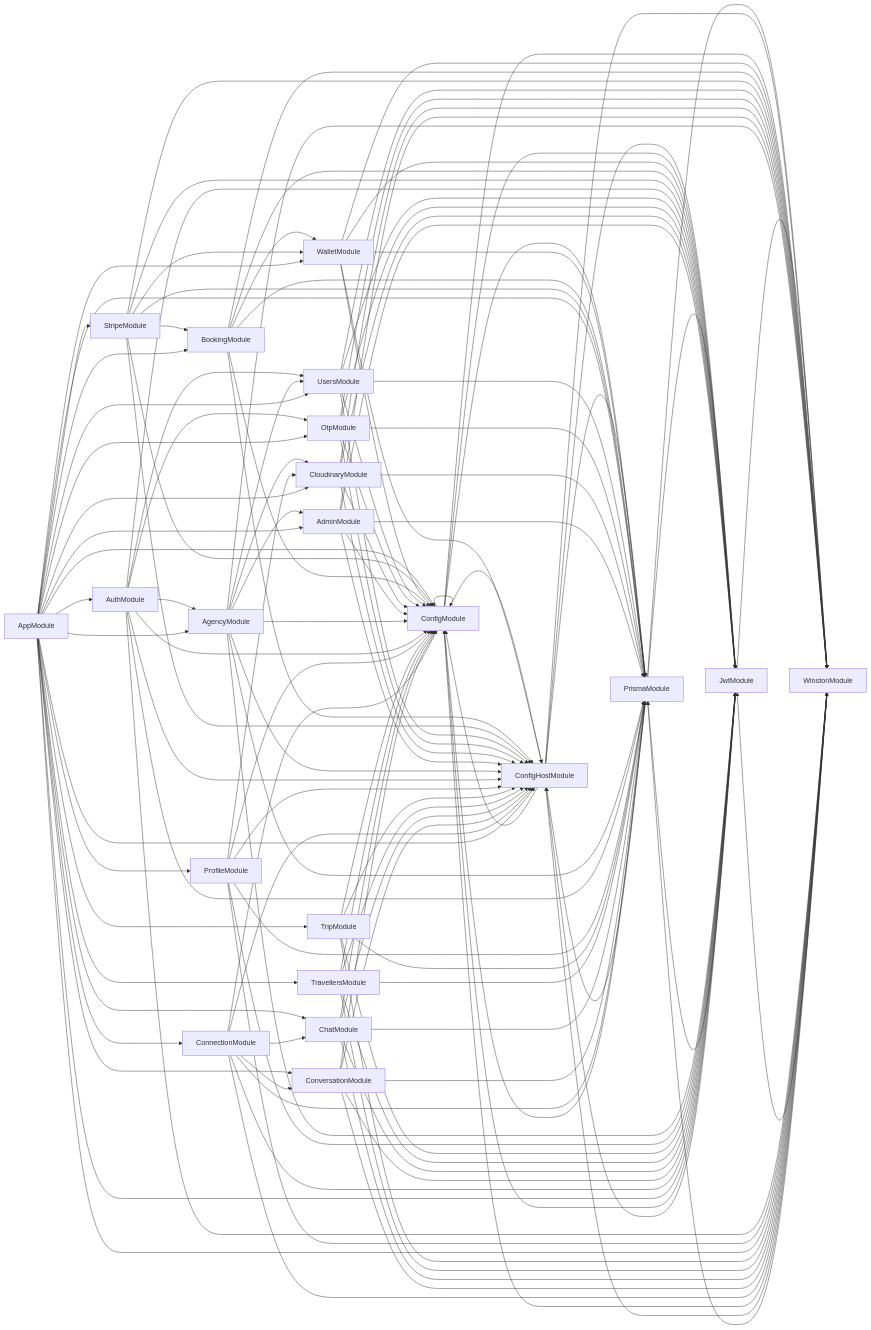
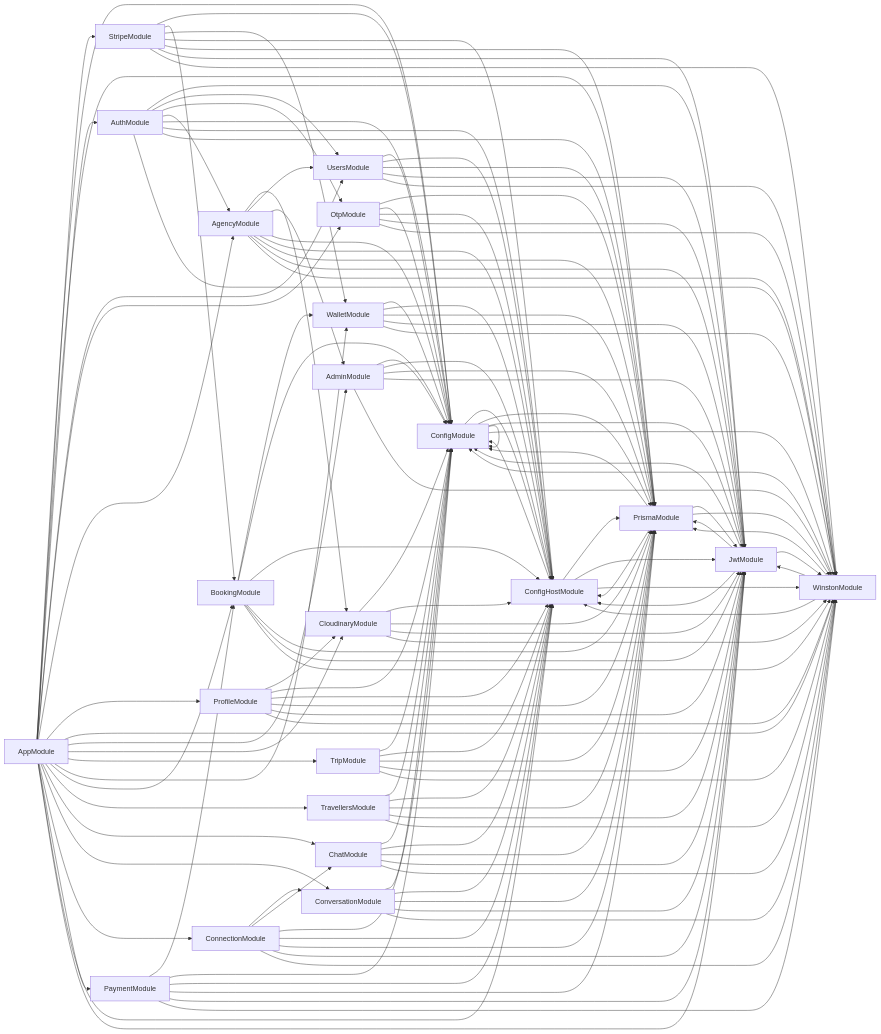
One commit to kpmisthah/wayfare-backend changed the diagram in app.module.mmd. Above: the diagram before and after it, drawn with Mermaid. The commit also changed 8 other files, not shown here.

```diff
--- a/app.module.mmd
+++ b/app.module.mmd
@@ -1,129 +1,136 @@
 graph LR
 AppModule -->ConfigModule
 ConfigModule -->ConfigHostModule
 ConfigHostModule -->ConfigModule
 ConfigHostModule -->PrismaModule
 PrismaModule -->ConfigModule
 PrismaModule -->ConfigHostModule
 PrismaModule -->JwtModule
 JwtModule -->ConfigModule
 JwtModule -->ConfigHostModule
 JwtModule -->PrismaModule
 JwtModule -->WinstonModule
 WinstonModule -->ConfigModule
 WinstonModule -->ConfigHostModule
 WinstonModule -->PrismaModule
 WinstonModule -->JwtModule
 PrismaModule -->WinstonModule
 ConfigHostModule -->JwtModule
 ConfigHostModule -->WinstonModule
 ConfigModule -->ConfigModule
 ConfigModule -->PrismaModule
 ConfigModule -->JwtModule
 ConfigModule -->WinstonModule
 AppModule -->StripeModule
 StripeModule -->ConfigModule
 StripeModule -->BookingModule
 BookingModule -->WalletModule
 WalletModule -->ConfigModule
 WalletModule -->ConfigHostModule
 WalletModule -->PrismaModule
 WalletModule -->JwtModule
 WalletModule -->WinstonModule
 BookingModule -->ConfigModule
 BookingModule -->ConfigHostModule
 BookingModule -->PrismaModule
 BookingModule -->JwtModule
 BookingModule -->WinstonModule
 StripeModule -->WalletModule
 StripeModule -->ConfigHostModule
 StripeModule -->PrismaModule
 StripeModule -->JwtModule
 StripeModule -->WinstonModule
 AppModule -->PrismaModule
 AppModule -->AuthModule
 AuthModule -->JwtModule
 AuthModule -->UsersModule
 UsersModule -->ConfigModule
 UsersModule -->ConfigHostModule
 UsersModule -->PrismaModule
 UsersModule -->JwtModule
 UsersModule -->WinstonModule
 AuthModule -->OtpModule
 OtpModule -->PrismaModule
 OtpModule -->ConfigModule
 OtpModule -->ConfigHostModule
 OtpModule -->JwtModule
 OtpModule -->WinstonModule
 AuthModule -->AgencyModule
 AgencyModule -->CloudinaryModule
 CloudinaryModule -->ConfigModule
 CloudinaryModule -->ConfigHostModule
 CloudinaryModule -->PrismaModule
 CloudinaryModule -->JwtModule
 CloudinaryModule -->WinstonModule
 AgencyModule -->UsersModule
 AgencyModule -->AdminModule
 AdminModule -->ConfigModule
 AdminModule -->ConfigHostModule
 AdminModule -->PrismaModule
 AdminModule -->JwtModule
 AdminModule -->WinstonModule
 AgencyModule -->ConfigModule
 AgencyModule -->ConfigHostModule
 AgencyModule -->PrismaModule
 AgencyModule -->JwtModule
 AgencyModule -->WinstonModule
 AuthModule -->ConfigModule
 AuthModule -->ConfigHostModule
 AuthModule -->PrismaModule
 AuthModule -->WinstonModule
 AppModule -->UsersModule
 AppModule -->OtpModule
 AppModule -->AgencyModule
 AppModule -->ProfileModule
 ProfileModule -->CloudinaryModule
 ProfileModule -->ConfigModule
 ProfileModule -->ConfigHostModule
 ProfileModule -->PrismaModule
 ProfileModule -->JwtModule
 ProfileModule -->WinstonModule
 AppModule -->WinstonModule
 AppModule -->AdminModule
 AppModule -->CloudinaryModule
 AppModule -->TripModule
 TripModule -->ConfigModule
 TripModule -->ConfigHostModule
 TripModule -->PrismaModule
 TripModule -->JwtModule
 TripModule -->WinstonModule
 AppModule -->WalletModule
 AppModule -->BookingModule
 AppModule -->TravellersModule
 TravellersModule -->ConfigModule
 TravellersModule -->ConfigHostModule
 TravellersModule -->PrismaModule
 TravellersModule -->JwtModule
 TravellersModule -->WinstonModule
 AppModule -->ChatModule
 ChatModule -->ConfigModule
 ChatModule -->ConfigHostModule
 ChatModule -->PrismaModule
 ChatModule -->JwtModule
 ChatModule -->WinstonModule
 AppModule -->ConversationModule
 ConversationModule -->ConfigModule
 ConversationModule -->ConfigHostModule
 ConversationModule -->PrismaModule
 ConversationModule -->JwtModule
 ConversationModule -->WinstonModule
 AppModule -->ConnectionModule
 ConnectionModule -->ConversationModule
 ConnectionModule -->ChatModule
 ConnectionModule -->ConfigModule
 ConnectionModule -->ConfigHostModule
 ConnectionModule -->PrismaModule
 ConnectionModule -->JwtModule
 ConnectionModule -->WinstonModule
+AppModule -->PaymentModule
+PaymentModule -->BookingModule
+PaymentModule -->ConfigModule
+PaymentModule -->ConfigHostModule
+PaymentModule -->PrismaModule
+PaymentModule -->JwtModule
+PaymentModule -->WinstonModule
 AppModule -->ConfigHostModule
 AppModule -->JwtModule
```
